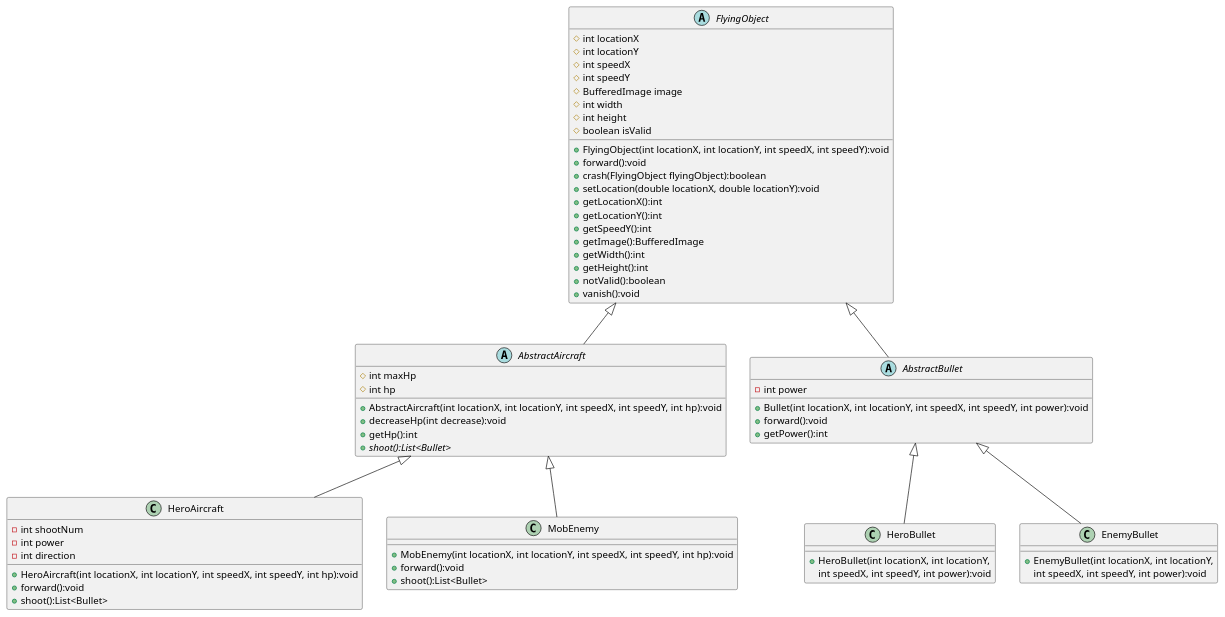
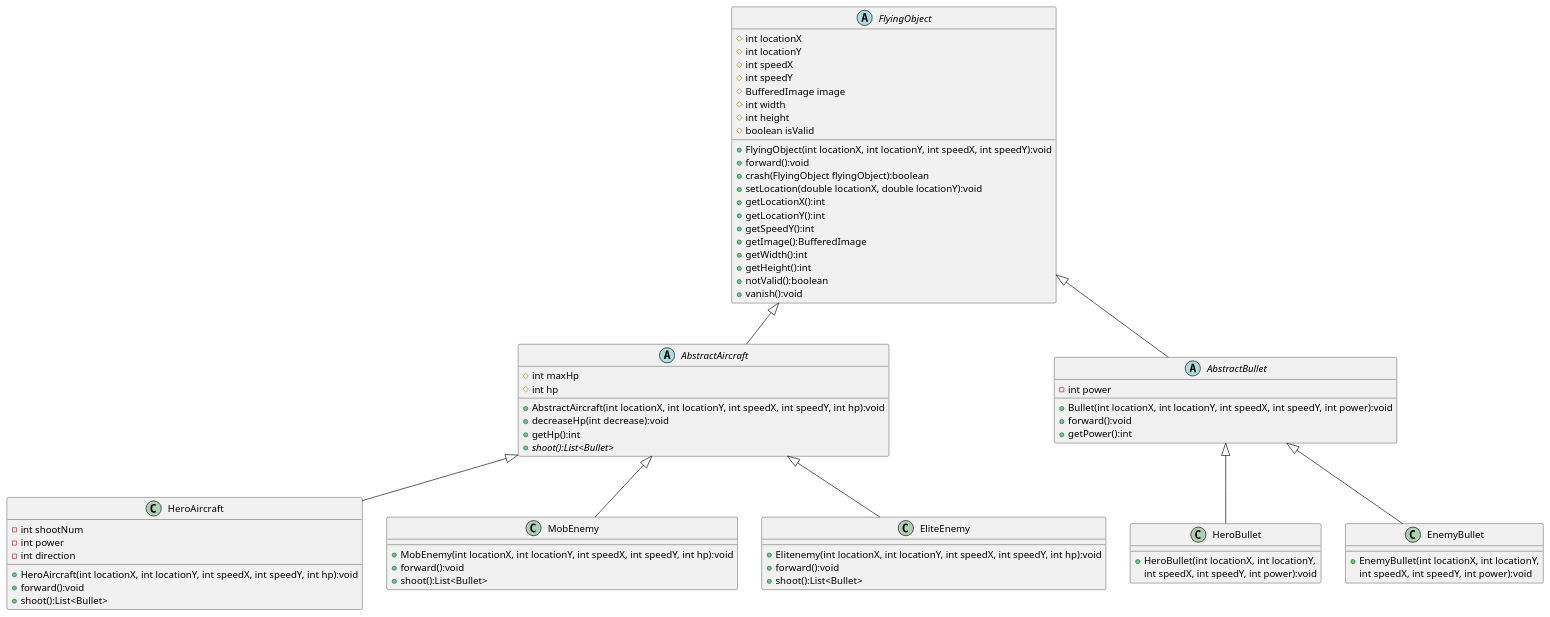
Before and after one commit to violence-max/GameAircraft: the diagram in uml/Inheritence.puml, drawn with PlantUML. The commit also changed 3 other files, not shown here.

```diff
--- a/uml/Inheritence.puml
+++ b/uml/Inheritence.puml
@@ -1,80 +1,91 @@
 @startuml
 'https://plantuml.com/class-diagram
 
 abstract class FlyingObject
 {
     # int locationX
     # int locationY
     # int speedX
     # int speedY
     # BufferedImage image
     # int width
     # int height
     # boolean isValid
 
     + FlyingObject(int locationX, int locationY, int speedX, int speedY):void
     + forward():void
     + crash(FlyingObject flyingObject):boolean
     + setLocation(double locationX, double locationY):void
     + getLocationX():int
     + getLocationY():int
     + getSpeedY():int
     + getImage():BufferedImage
     + getWidth():int
     + getHeight():int
     + notValid():boolean
     + vanish():void
 }
 abstract class AbstractAircraft
 {
 	# int maxHp
     # int hp
     + AbstractAircraft(int locationX, int locationY, int speedX, int speedY, int hp):void
     + decreaseHp(int decrease):void
     + getHp():int
     + {abstract} shoot():List<Bullet>
  }
 
 abstract class AbstractBullet
 {
     - int power
     + Bullet(int locationX, int locationY, int speedX, int speedY, int power):void
     + forward():void
 	+ getPower():int
 }
 
 FlyingObject <|-- AbstractAircraft
 FlyingObject <|-- AbstractBullet
 
 AbstractAircraft <|-- HeroAircraft
 AbstractAircraft <|-- MobEnemy
+AbstractAircraft <|-- EliteEnemy
 
 AbstractBullet <|-- HeroBullet
 AbstractBullet <|-- EnemyBullet
 
 class HeroAircraft {
     - int shootNum
     - int power
     - int direction
     + HeroAircraft(int locationX, int locationY, int speedX, int speedY, int hp):void
     + forward():void
     + shoot():List<Bullet>
 }
 
 class MobEnemy {
     + MobEnemy(int locationX, int locationY, int speedX, int speedY, int hp):void
     + forward():void
     + shoot():List<Bullet>
 }
 
+class EliteEnemy {
+    + Elitenemy(int locationX, int locationY, int speedX, int speedY, int hp):void
+    + forward():void
+    + shoot():List<Bullet>
+}
+
+
+
+
+
 class HeroBullet {
     + HeroBullet(int locationX, int locationY,
      int speedX, int speedY, int power):void
 }
 
 class EnemyBullet {
     + EnemyBullet(int locationX, int locationY,
      int speedX, int speedY, int power):void
 }
 
 @enduml
```
